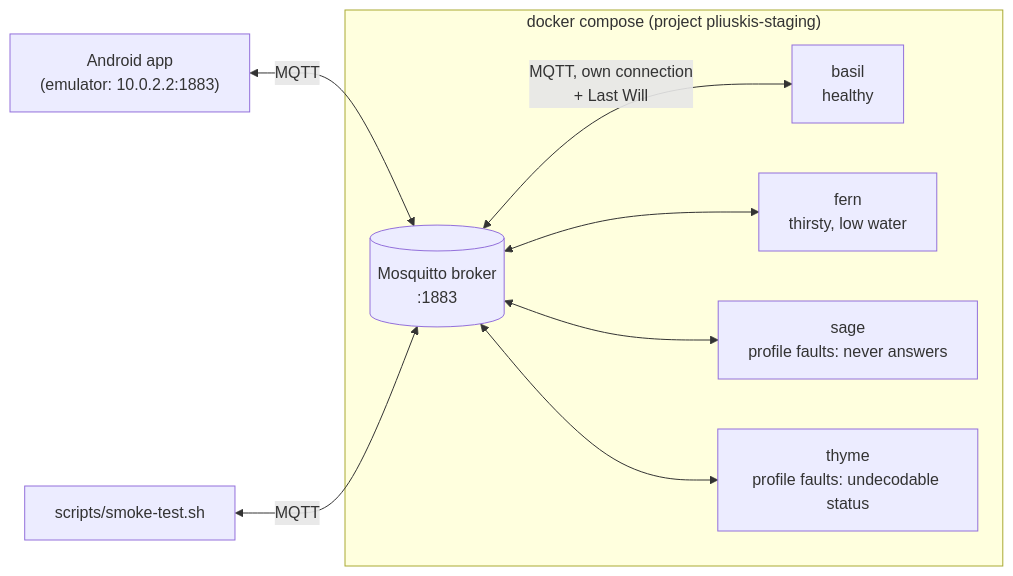
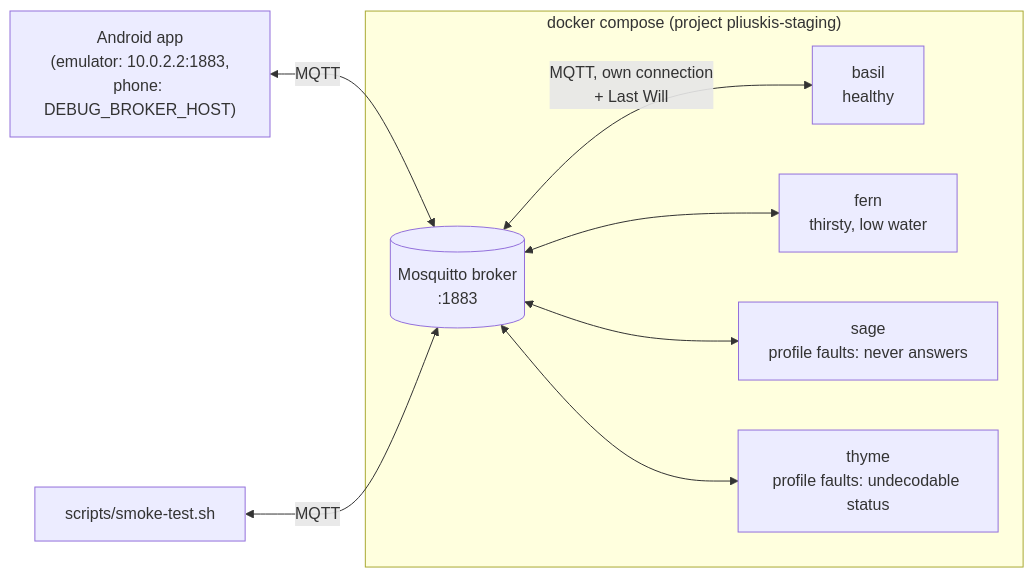
One commit to rsetkus/pliuskis changed the first of 4 diagrams in staging/README.md. Above: the diagram before and after it, drawn with Mermaid. The commit also changed other lines of this file and 5 other files, not shown here.

````diff
--- a/staging/README.md
+++ b/staging/README.md
@@ -11,20 +11,20 @@
 ```mermaid
 flowchart LR
-    app["Android app<br/>(emulator: 10.0.2.2:1883)"]
+    app["Android app<br/>(emulator: 10.0.2.2:1883,<br/>phone: DEBUG_BROKER_HOST)"]
     smoke["scripts/smoke-test.sh"]
 
     subgraph compose["docker compose (project pliuskis-staging)"]
         broker[("Mosquitto broker<br/>:1883")]
         basil["basil<br/>healthy"]
         fern["fern<br/>thirsty, low water"]
         sage["sage<br/>profile faults: never answers"]
         thyme["thyme<br/>profile faults: undecodable status"]
     end
 
     app <-->|MQTT| broker
     smoke <-->|MQTT| broker
     broker <-->|"MQTT, own connection<br/>+ Last Will"| basil
     broker <--> fern
     broker <--> sage
     broker <--> thyme
 ```
````
